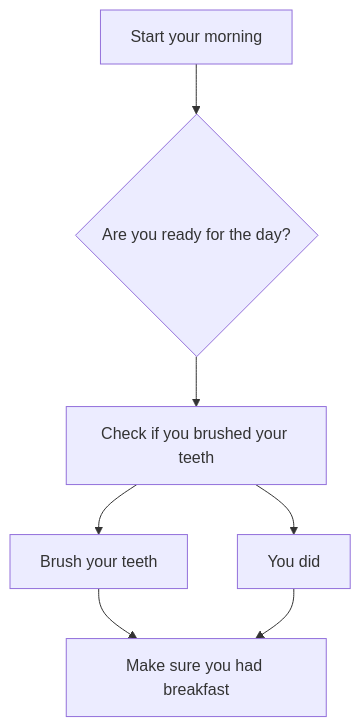
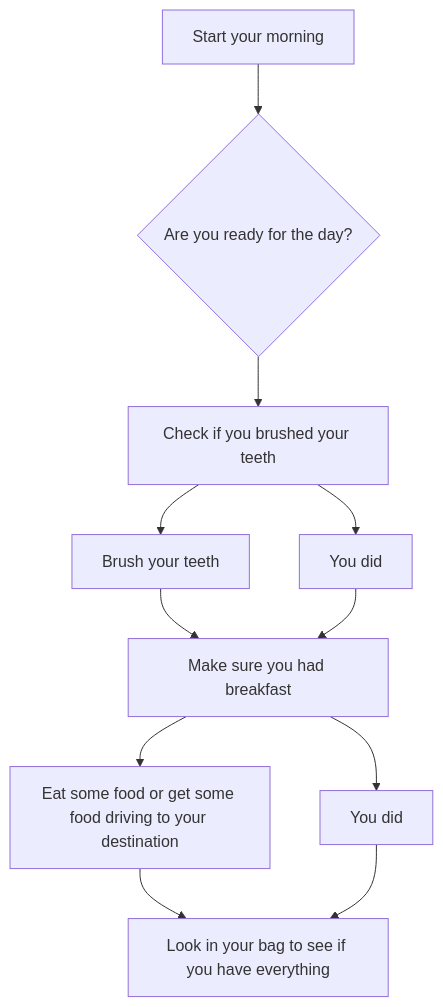
The diagram in Diagram.md (Edward3785/Edward3785.github.io), drawn with Mermaid before and after one commit.

Commit message:
new branch

````diff
--- a/Diagram.md
+++ b/Diagram.md
@@ -3,15 +3,19 @@
 ```mermaid
  flowchart TD;
      A[Start your morning]-->B{Are you ready for the day?};
      B --> C[Check if you brushed your teeth]
      C --> D[Brush your teeth]
      C --> E[You did]
      D --> F[Make sure you had breakfast]
      E --> F
+     F --> G[Eat some food or get some food driving to your destination]
+     F --> H[You did]
+     G --> I[Look in your bag to see if you have everything]
+     H --> I
 
      
      
     
     
 
 ```
````
